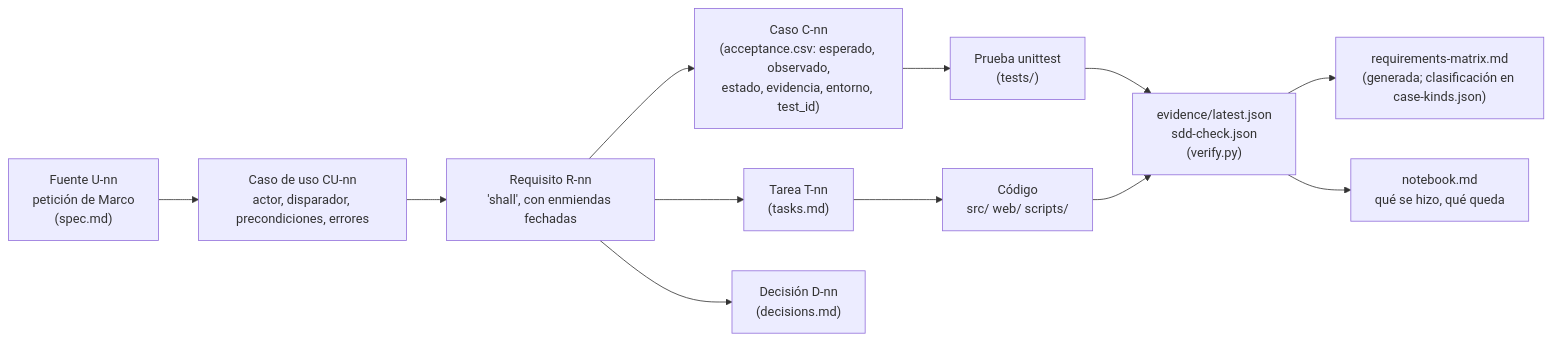
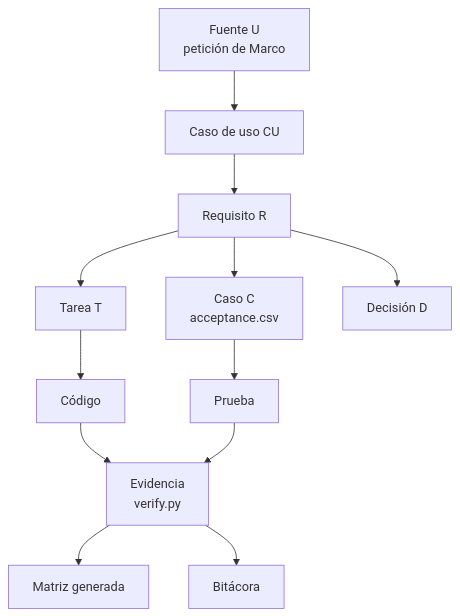
The diagram in docs/book/04-metodo-y-sdd.md (marcodiazleon/ai-implementation-lab), drawn with Mermaid before and after one commit. The commit also changed 11 other files, not shown here.

First line of the commit message:
U22 after the second review of 55197be: every diagram laid out for a phone

````diff
--- a/docs/book/04-metodo-y-sdd.md
+++ b/docs/book/04-metodo-y-sdd.md
@@ -7,14 +7,14 @@
 ```mermaid
-flowchart LR
-  U["Fuente U-nn<br/>petición de Marco<br/>(spec.md)"] --> CU["Caso de uso CU-nn<br/>actor, disparador, precondiciones, errores"]
-  CU --> R["Requisito R-nn<br/>'shall', con enmiendas fechadas"]
-  R --> T["Tarea T-nn<br/>(tasks.md)"]
-  R --> C["Caso C-nn<br/>(acceptance.csv: esperado, observado,<br/>estado, evidencia, entorno, test_id)"]
-  T --> CODE["Código<br/>src/ web/ scripts/"]
-  C --> TEST["Prueba unittest<br/>(tests/)"]
-  TEST --> EV["evidence/latest.json<br/>sdd-check.json<br/>(verify.py)"]
-  CODE --> EV
-  R --> D["Decisión D-nn<br/>(decisions.md)"]
-  EV --> MX["requirements-matrix.md<br/>(generada; clasificación en case-kinds.json)"]
-  EV --> NB["notebook.md<br/>qué se hizo, qué queda"]
+flowchart TB
+  U["Fuente U<br/>petición de Marco"] --> CU["Caso de uso CU"]
+  CU --> R["Requisito R"]
+  R --> T["Tarea T"]
+  R --> C["Caso C<br/>acceptance.csv"]
+  R --> D["Decisión D"]
+  T --> CODE["Código"]
+  C --> TEST["Prueba"]
+  CODE --> EV["Evidencia<br/>verify.py"]
+  TEST --> EV
+  EV --> MX["Matriz generada"]
+  EV --> NB["Bitácora"]
 ```
````
